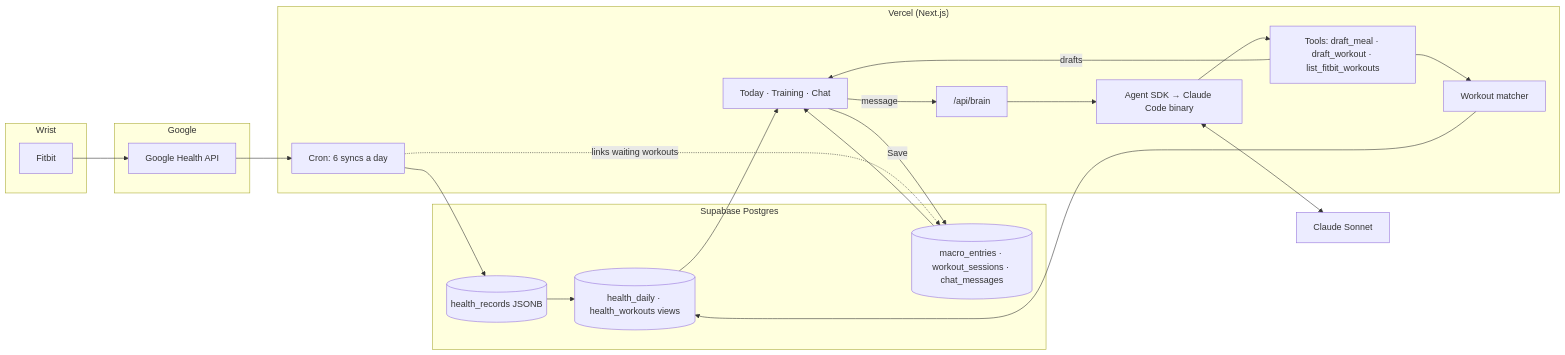
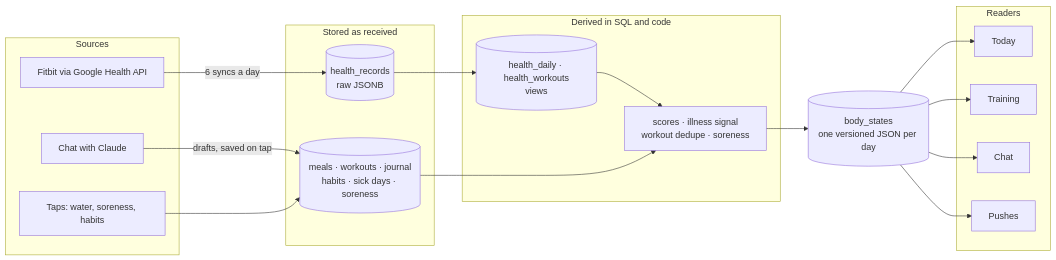
One commit to ericfflynn/nutribot changed the diagram in README.md. Above: the diagram before and after it, drawn with Mermaid. The commit also changed other lines of this file and 16 other files, not shown here.

````diff
--- a/README.md
+++ b/README.md
@@ -37,32 +126,30 @@
 ```mermaid
 flowchart LR
-  subgraph Wrist
-    F[Fitbit]
+  subgraph Sources
+    F[Fitbit via Google Health API]
+    C[Chat with Claude]
+    T[Taps: water, soreness, habits]
   end
-  subgraph Google
-    GH[Google Health API]
+  subgraph Raw["Stored as received"]
+    HR[(health_records<br/>raw JSONB)]
+    LOGS[(meals · workouts · journal<br/>habits · sick days · soreness)]
   end
-  subgraph Vercel["Vercel (Next.js)"]
-    CRON[Cron: 6 syncs a day]
-    API["/api/brain"]
-    SDK[Agent SDK → Claude Code binary]
-    TOOLS["Tools: draft_meal · draft_workout · list_fitbit_workouts"]
-    MATCH[Workout matcher]
-    UI[Today · Training · Chat]
+  subgraph Derived["Derived in SQL and code"]
+    V[(health_daily · health_workouts<br/>views)]
+    S[scores · illness signal<br/>workout dedupe · soreness]
   end
-  subgraph Supabase["Supabase Postgres"]
-    RAW[(health_records JSONB)]
-    VIEWS[(health_daily · health_workouts views)]
-    LOGS[(macro_entries · workout_sessions · chat_messages)]
+  BS[(body_states<br/>one versioned JSON per day)]
+  subgraph Readers
+    TODAY[Today]
+    TRAIN[Training]
+    CHAT[Chat]
+    PUSH[Pushes]
   end
-  CL[Claude Sonnet]
 
-  F --> GH --> CRON --> RAW --> VIEWS
-  VIEWS --> UI
-  LOGS --> UI
-  UI -- message --> API --> SDK <--> CL
-  SDK --> TOOLS --> MATCH --> VIEWS
-  TOOLS -- drafts --> UI
-  UI -- Save --> LOGS
-  CRON -. links waiting workouts .-> LOGS
+  F -- 6 syncs a day --> HR --> V --> S
+  C -- drafts, saved on tap --> LOGS
+  T --> LOGS
+  LOGS --> S
+  S --> BS
+  BS --> TODAY & TRAIN & CHAT & PUSH
 ```
````
